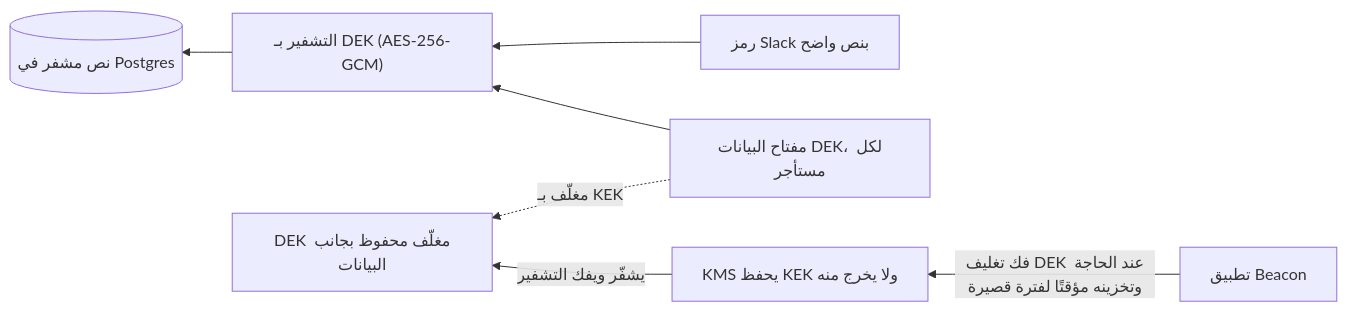
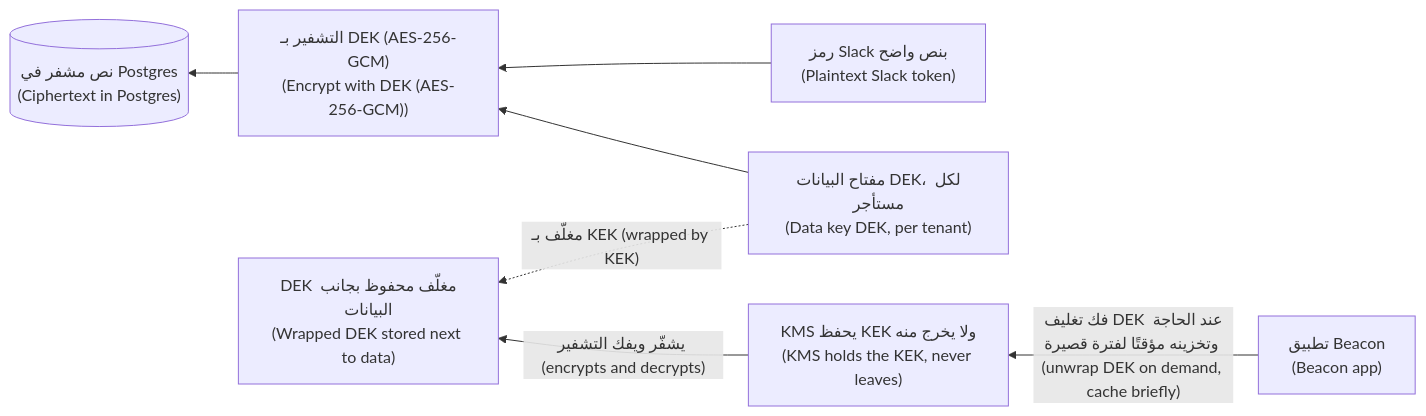
Before and after one commit to Tamoura/system-design-for-vibe-coders: the first of 2 diagrams in saas/modules/08-trust-frontier.ar.md, drawn with Mermaid. The commit also changed other lines of this file and 62 other files, not shown here.

First line of the commit message:
Arabic editions: English on every diagram label, RTL fixes, rebuild

````diff
--- a/saas/modules/08-trust-frontier.ar.md
+++ b/saas/modules/08-trust-frontier.ar.md
@@ -62,9 +62,9 @@
 ```mermaid
 flowchart RL
-  P["رمز Slack بنص واضح"] --> E["التشفير بـ DEK (AES-256-GCM)"]
-  DEK["مفتاح البيانات DEK، لكل مستأجر"] --> E
-  E --> C[("نص مشفر في Postgres")]
-  KMS["KMS يحفظ KEK ولا يخرج منه"] -->|"يشفّر ويفك التشفير"| W["DEK مغلّف محفوظ بجانب البيانات"]
-  DEK -.->|"مغلّف بـ KEK"| W
-  App["تطبيق Beacon"] -->|"فك تغليف DEK عند الحاجة وتخزينه مؤقتًا لفترة قصيرة"| KMS
+  P["رمز Slack بنص واضح<br/>(Plaintext Slack token)"] --> E["التشفير بـ DEK (AES-256-GCM)<br/>(Encrypt with DEK (AES-256-GCM))"]
+  DEK["مفتاح البيانات DEK، لكل مستأجر<br/>(Data key DEK, per tenant)"] --> E
+  E --> C[("نص مشفر في Postgres<br/>(Ciphertext in Postgres)")]
+  KMS["KMS يحفظ KEK ولا يخرج منه<br/>(KMS holds the KEK, never leaves)"] -->|"يشفّر ويفك التشفير (encrypts and decrypts)"| W["DEK مغلّف محفوظ بجانب البيانات<br/>(Wrapped DEK stored next to data)"]
+  DEK -.->|"مغلّف بـ KEK (wrapped by KEK)"| W
+  App["تطبيق Beacon<br/>(Beacon app)"] -->|"فك تغليف DEK عند الحاجة وتخزينه مؤقتًا لفترة قصيرة (unwrap DEK on demand, cache briefly)"| KMS
 ```
````
